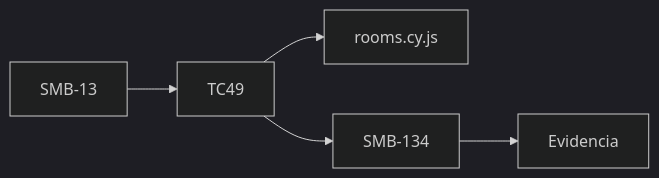
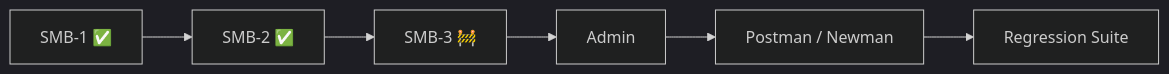
One commit to MichaelR21z/shady-meadows-bnb-automation changed the sixth of 6 diagrams in README.md. Above: the diagram before and after it, drawn with Mermaid (dark theme). The commit also changed other lines of this file, not shown here.

````diff
--- a/README.md
+++ b/README.md
@@ -492,7 +477,8 @@
 ```mermaid
 flowchart LR
-    US[SMB-13] --> TC[TC49]
-    TC --> AUTO[rooms.cy.js]
-    TC --> BUG[SMB-134]
-    BUG --> EVID[Evidencia]
+    A[SMB-1 ✅] --> B[SMB-2 ✅]
+    B --> C[SMB-3 🚧]
+    C --> D[Admin]
+    D --> E[Postman / Newman]
+    E --> F[Regression Suite]
 ```
````
